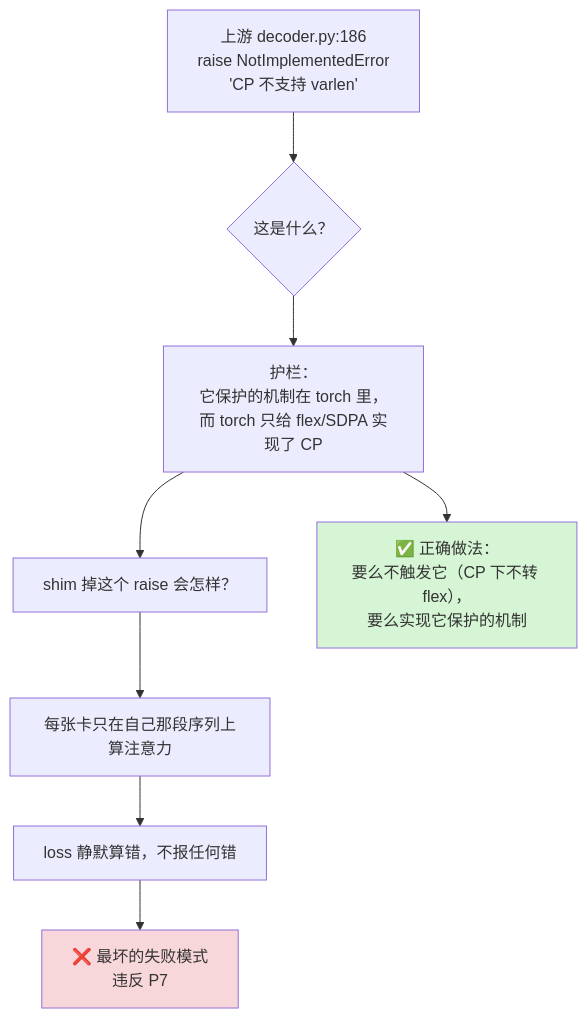
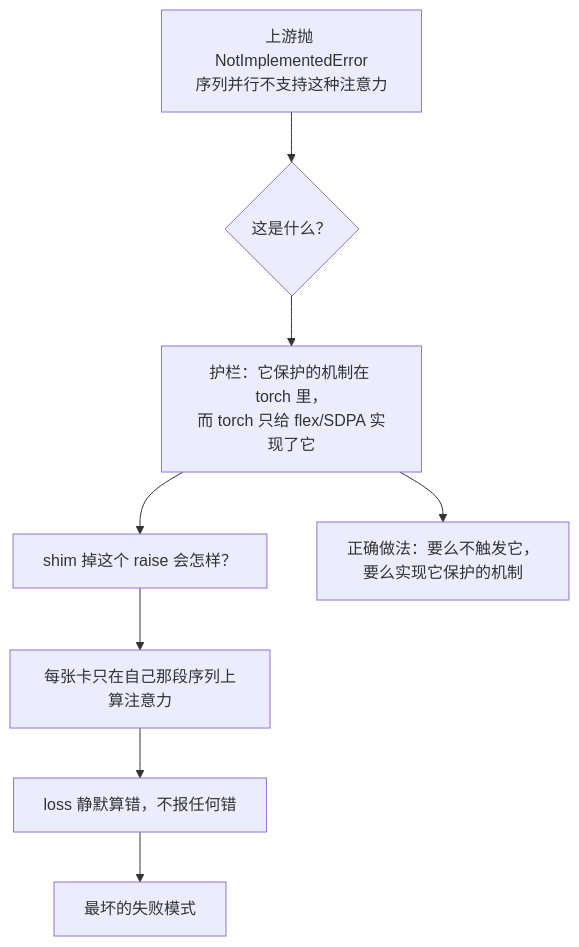
Diagram 14 of 15 in docs/design/shim-and-override.md (JavaZeroo/ascend-torchtitan), drawn with Mermaid before and after one commit. The commit also changed other lines of this file and 1 other file, not shown here.

````diff
--- a/docs/design/shim-and-override.md
+++ b/docs/design/shim-and-override.md
@@ -533,13 +446,10 @@
 ```mermaid
 flowchart TD
-    A["上游 decoder.py:186<br/>raise NotImplementedError<br/>'CP 不支持 varlen'"] --> B{"这是什么？"}
-    B --> C["护栏：<br/>它保护的机制在 torch 里，<br/>而 torch 只给 flex/SDPA 实现了 CP"]
+    A["上游抛 NotImplementedError<br/>序列并行不支持这种注意力"] --> B{"这是什么？"}
+    B --> C["护栏：它保护的机制在 torch 里，<br/>而 torch 只给 flex/SDPA 实现了它"]
     C --> D["shim 掉这个 raise 会怎样？"]
     D --> E["每张卡只在自己那段序列上算注意力"]
     E --> F["loss 静默算错，不报任何错"]
-    F --> G["❌ 最坏的失败模式<br/>违反 P7"]
-    C --> H["✅ 正确做法：<br/>要么不触发它（CP 下不转 flex），<br/>要么实现它保护的机制"]
-
-    style G fill:#f8d7da
-    style H fill:#d5f5d5
+    F --> G["最坏的失败模式"]
+    C --> H["正确做法：要么不触发它，<br/>要么实现它保护的机制"]
 ```
````
